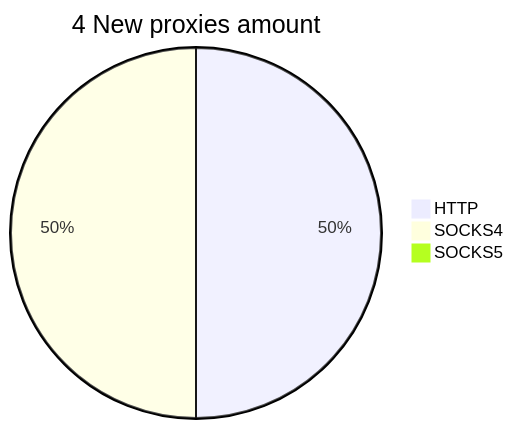
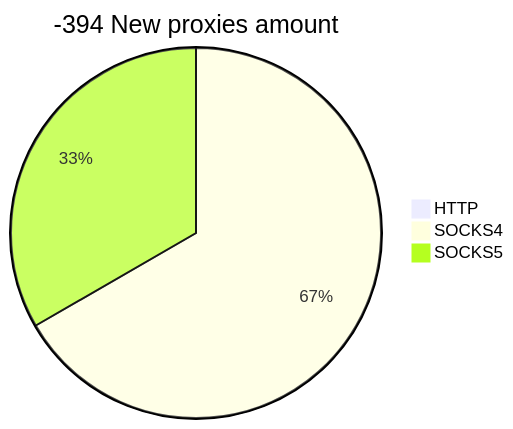
One commit to cutipu/proxylist changed the second of 2 diagrams in README.md. Above: the diagram before and after it, drawn with Mermaid. The commit also changed other lines of this file, not shown here.

````diff
--- a/README.md
+++ b/README.md
@@ -10,6 +10,6 @@
 ```mermaid
-pie title 4 New proxies amount
-    "HTTP" : 2
+pie title -394 New proxies amount
+    "HTTP" : 0
     "SOCKS4" : 2
-    "SOCKS5" : 0
+    "SOCKS5" : 1
 ```
````
